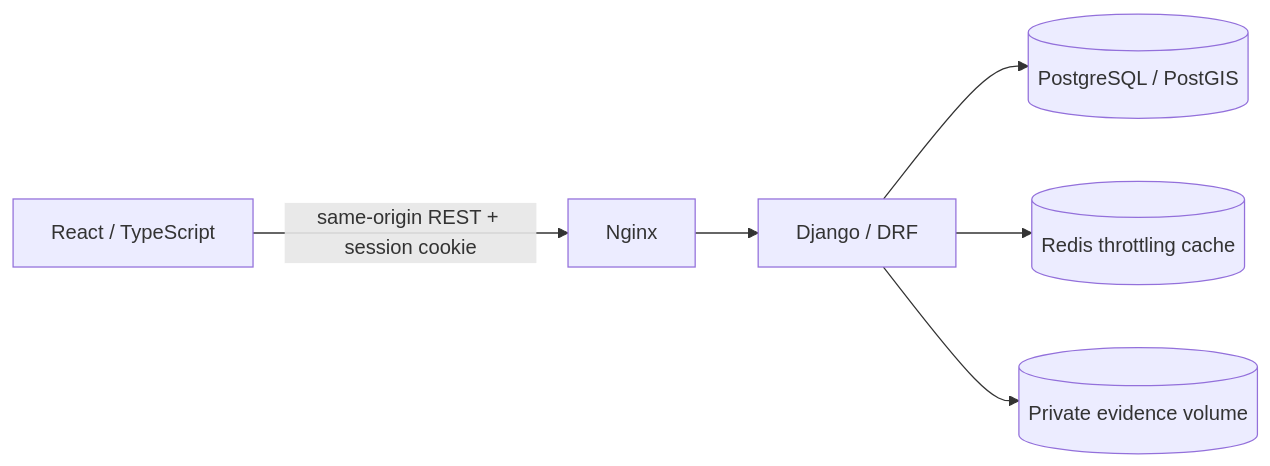
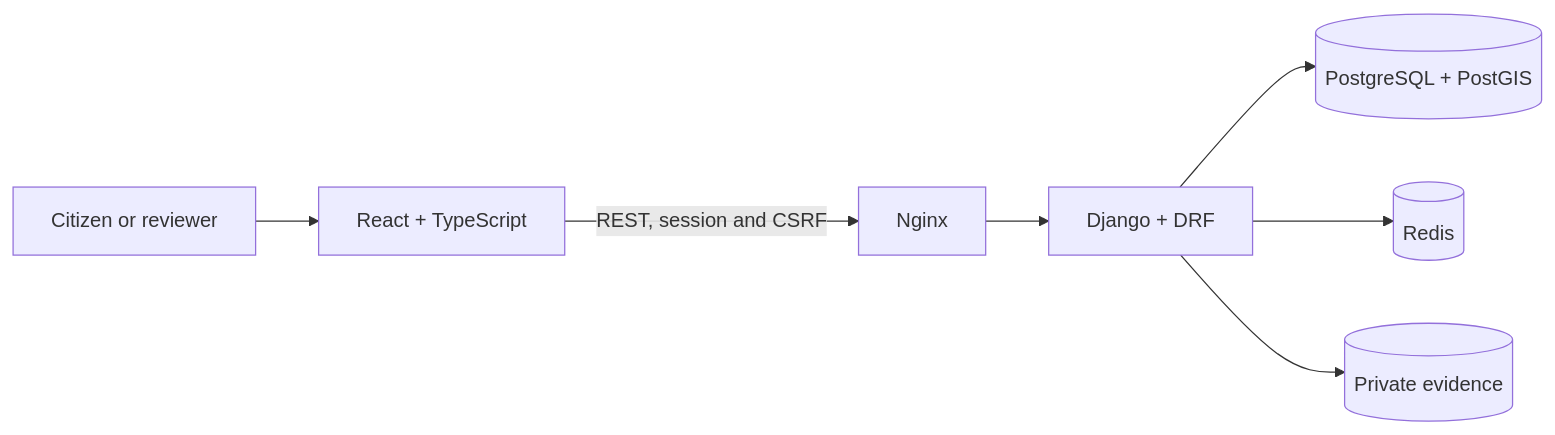
One commit to ricardoportoIE/gda-environmental-reporting-platform changed the diagram in README.md. Above: the diagram before and after it, drawn with Mermaid. The commit also changed other lines of this file, not shown here.

````diff
--- a/README.md
+++ b/README.md
@@ -40,8 +40,9 @@
 ```mermaid
 flowchart LR
-    UI[React / TypeScript] -->|same-origin REST + session cookie| Proxy[Nginx]
-    Proxy --> API[Django / DRF]
-    API --> DB[(PostgreSQL / PostGIS)]
-    API --> Cache[(Redis throttling cache)]
-    API --> Evidence[(Private evidence volume)]
+    Person[Citizen or reviewer] --> Web[React + TypeScript]
+    Web -->|REST, session and CSRF| Proxy[Nginx]
+    Proxy --> API[Django + DRF]
+    API --> DB[(PostgreSQL + PostGIS)]
+    API --> Cache[(Redis)]
+    API --> Files[(Private evidence)]
 ```
````
